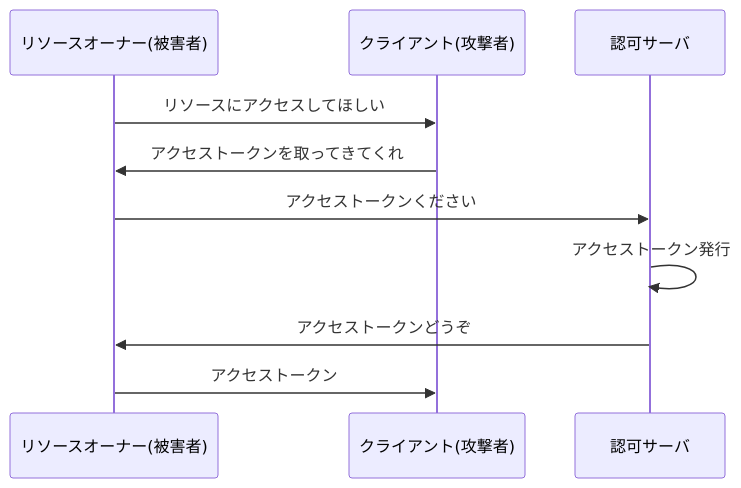
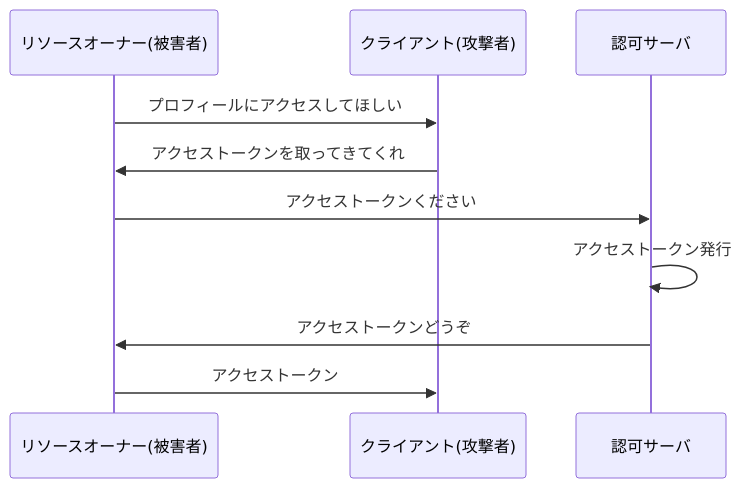
One commit to calloc134/zenn-dir changed diagram 19 of 20 in articles/5e8da6c491e720.md. Above: the diagram before and after it, drawn with Mermaid. The commit also changed other lines of this file, not shown here.

````diff
--- a/articles/5e8da6c491e720.md
+++ b/articles/5e8da6c491e720.md
@@ -1732,13 +1732,13 @@
 ```mermaid
 sequenceDiagram
     participant リソースオーナー(被害者)
     participant クライアント(攻撃者)
     participant 認可サーバ
 
-    リソースオーナー(被害者)->> クライアント(攻撃者): リソースにアクセスしてほしい
+    リソースオーナー(被害者)->> クライアント(攻撃者): プロフィールにアクセスしてほしい
     クライアント(攻撃者)->> リソースオーナー(被害者): アクセストークンを取ってきてくれ
     リソースオーナー(被害者)->> 認可サーバ: アクセストークンください
     認可サーバ->> 認可サーバ: アクセストークン発行
     認可サーバ->> リソースオーナー(被害者): アクセストークンどうぞ
     リソースオーナー(被害者)->> クライアント(攻撃者): アクセストークン
 ```
````
